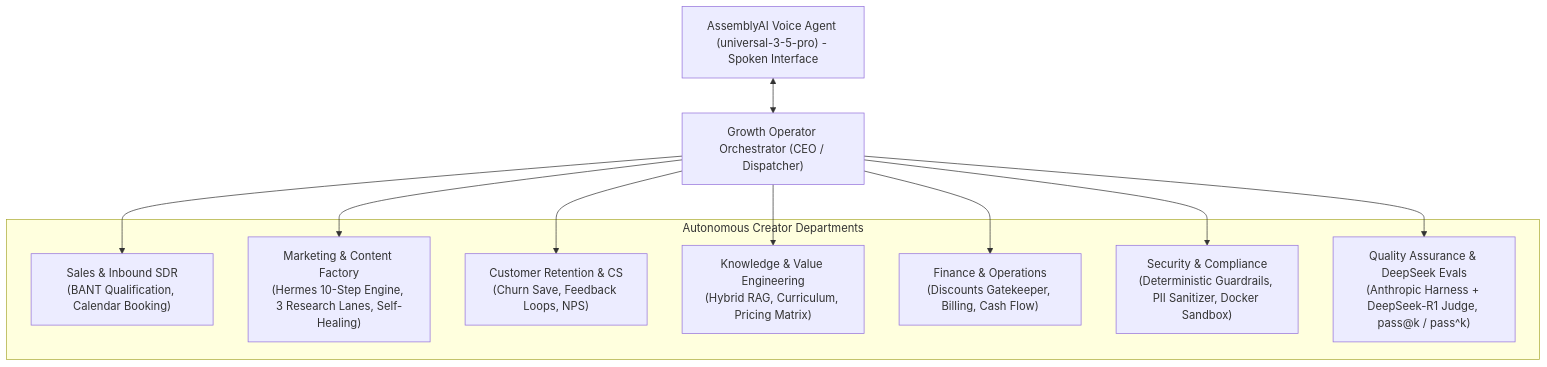
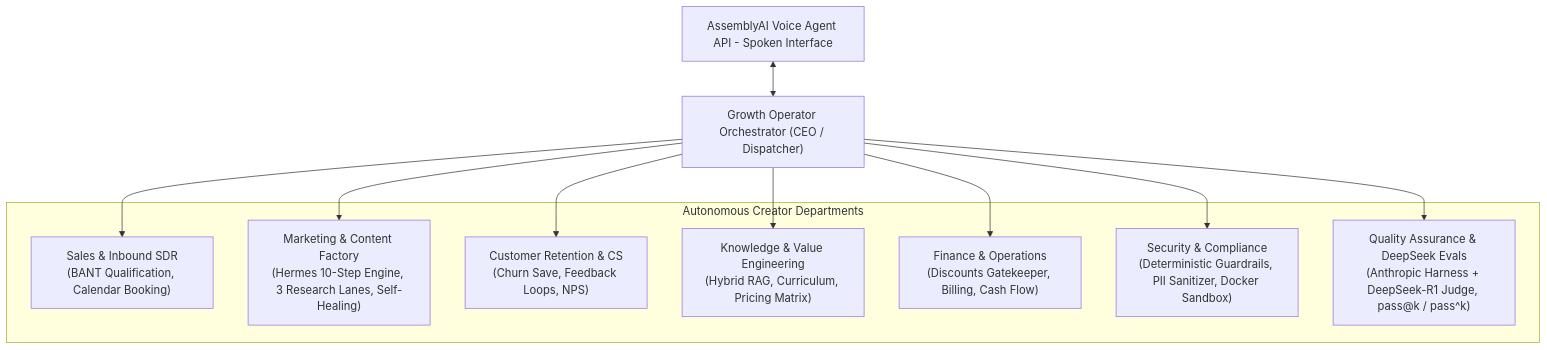
The diagram in ARCHITECTURE.md (dev4-gpt/VoiceAI), drawn with Mermaid before and after one commit. The commit also changed other lines of this file and 13 other files, not shown here.

````diff
--- a/ARCHITECTURE.md
+++ b/ARCHITECTURE.md
@@ -20,24 +20,24 @@
 ```mermaid
 graph TD
-    VOICE["AssemblyAI Voice Agent (universal-3-5-pro) - Spoken Interface"]
+    VOICE["AssemblyAI Voice Agent API - Spoken Interface"]
     CEO["Growth Operator Orchestrator (CEO / Dispatcher)"]
 
     subgraph DEPTS["Autonomous Creator Departments"]
         D1["Sales & Inbound SDR<br/>(BANT Qualification, Calendar Booking)"]
         D2["Marketing & Content Factory<br/>(Hermes 10-Step Engine, 3 Research Lanes, Self-Healing)"]
         D3["Customer Retention & CS<br/>(Churn Save, Feedback Loops, NPS)"]
         D4["Knowledge & Value Engineering<br/>(Hybrid RAG, Curriculum, Pricing Matrix)"]
         D5["Finance & Operations<br/>(Discounts Gatekeeper, Billing, Cash Flow)"]
         D6["Security & Compliance<br/>(Deterministic Guardrails, PII Sanitizer, Docker Sandbox)"]
         D7["Quality Assurance & DeepSeek Evals<br/>(Anthropic Harness + DeepSeek-R1 Judge, pass@k / pass^k)"]
     end
 
     VOICE <--> CEO
     CEO --> D1
     CEO --> D2
     CEO --> D3
     CEO --> D4
     CEO --> D5
     CEO --> D6
     CEO --> D7
 ```
````
